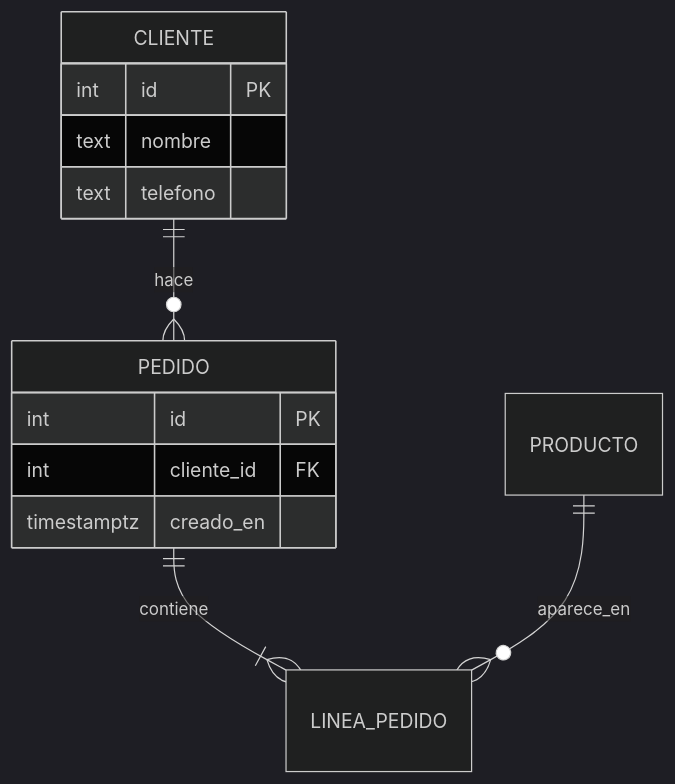
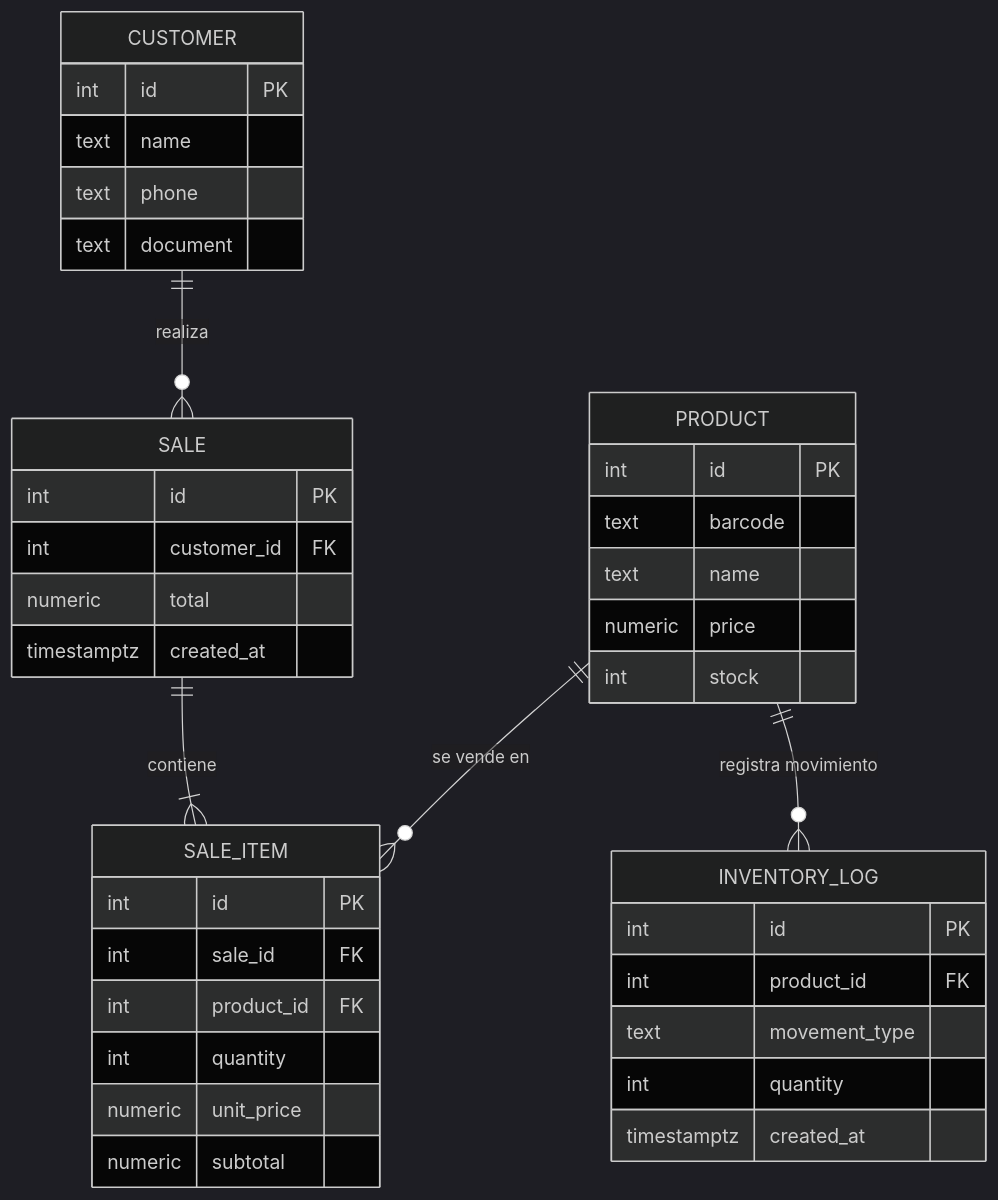
The diagram in docs/PRD.md (Angelrj16/PUNTO-DE-VENTA), drawn with Mermaid (dark theme) before and after one commit. The commit also changed other lines of this file and 5 other files, not shown here.

````diff
--- a/docs/PRD.md
+++ b/docs/PRD.md
@@ -70,16 +83,42 @@
 ```mermaid
 erDiagram
-  CLIENTE ||--o{ PEDIDO : hace
-  PEDIDO ||--|{ LINEA_PEDIDO : contiene
-  PRODUCTO ||--o{ LINEA_PEDIDO : aparece_en
-  CLIENTE {
+  CUSTOMER ||--o{ SALE : "realiza"
+  SALE ||--|{ SALE_ITEM : "contiene"
+  PRODUCT ||--o{ SALE_ITEM : "se vende en"
+  PRODUCT ||--o{ INVENTORY_LOG : "registra movimiento"
+
+  CUSTOMER {
     int id PK
-    text nombre
-    text telefono
+    text name
+    text phone
+    text document
   }
-  PEDIDO {
+  PRODUCT {
     int id PK
-    int cliente_id FK
-    timestamptz creado_en
+    text barcode
+    text name
+    numeric price
+    int stock
+  }
+  SALE {
+    int id PK
+    int customer_id FK
+    numeric total
+    timestamptz created_at
+  }
+  SALE_ITEM {
+    int id PK
+    int sale_id FK
+    int product_id FK
+    int quantity
+    numeric unit_price
+    numeric subtotal
+  }
+  INVENTORY_LOG {
+    int id PK
+    int product_id FK
+    text movement_type
+    int quantity
+    timestamptz created_at
   }
 ```
````
